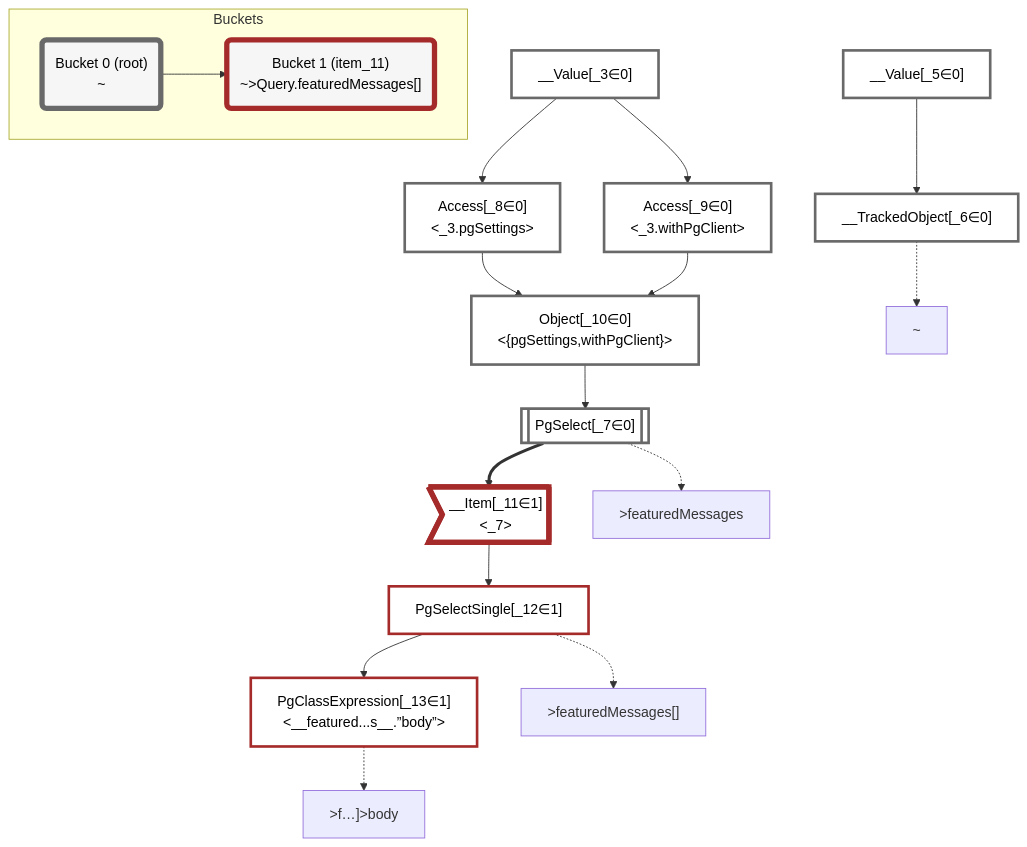
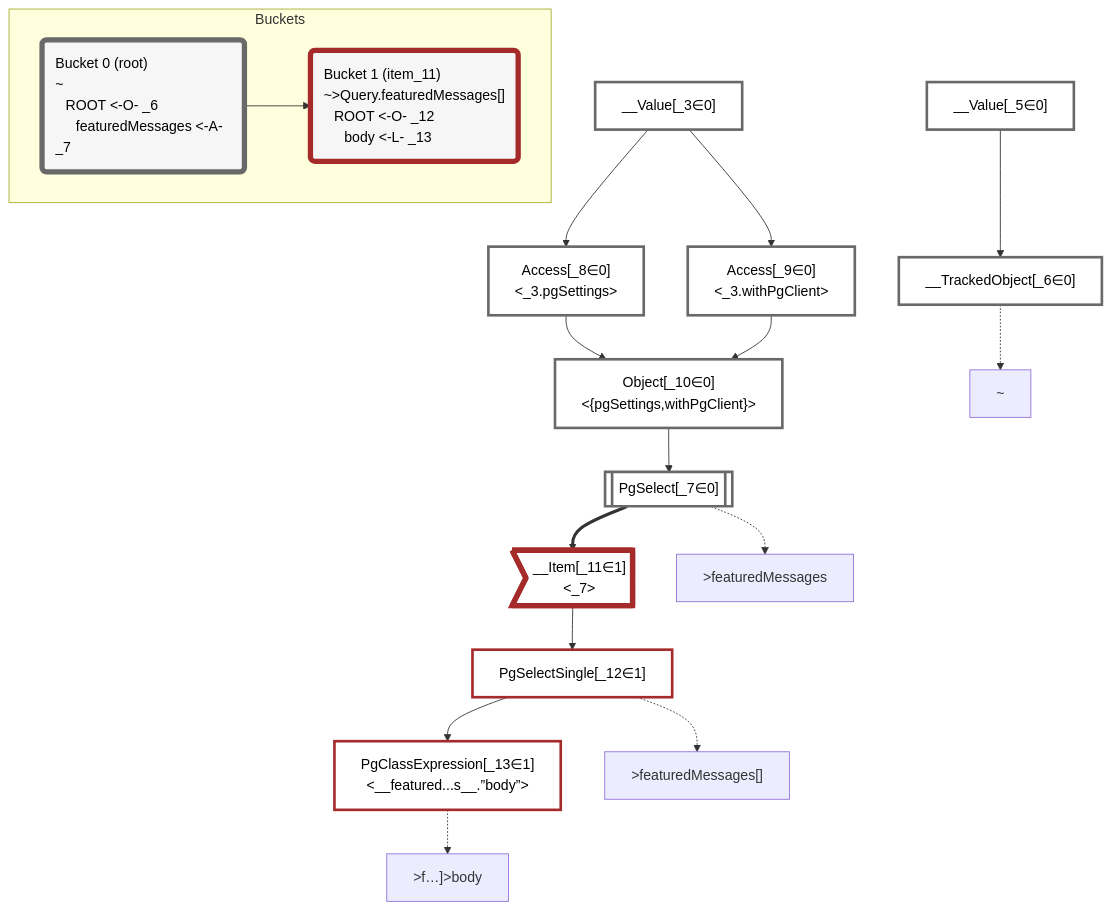
The diagram in packages/dataplan-pg/__tests__/queries/functions/custom-query-setof-message.mermaid.md (graphile/crystal), drawn with Mermaid before and after one commit. The commit also changed 195 other files, not shown here.

````diff
--- a/packages/dataplan-pg/__tests__/queries/functions/custom-query-setof-message.mermaid.md
+++ b/packages/dataplan-pg/__tests__/queries/functions/custom-query-setof-message.mermaid.md
@@ -1,56 +1,56 @@
 ```mermaid
 graph TD
     classDef path fill:#eee,stroke:#000,color:#000
     classDef plan fill:#fff,stroke-width:3px,color:#000
     classDef itemplan fill:#fff,stroke-width:6px,color:#000
     classDef sideeffectplan fill:#f00,stroke-width:6px,color:#000
-    classDef bucket fill:#f6f6f6,color:#000,stroke-width:6px
+    classDef bucket fill:#f6f6f6,color:#000,stroke-width:6px,text-align:left
 
 
     %% define plans
     __Value_3["__Value[_3∈0]<br /><context>"]:::plan
     __Value_5["__Value[_5∈0]<br /><rootValue>"]:::plan
     __TrackedObject_6["__TrackedObject[_6∈0]"]:::plan
     PgSelect_7[["PgSelect[_7∈0]<br /><featured_messages>"]]:::plan
     Access_8["Access[_8∈0]<br /><_3.pgSettings>"]:::plan
     Access_9["Access[_9∈0]<br /><_3.withPgClient>"]:::plan
     Object_10["Object[_10∈0]<br /><{pgSettings,withPgClient}>"]:::plan
     __Item_11>"__Item[_11∈1]<br /><_7>"]:::itemplan
     PgSelectSingle_12["PgSelectSingle[_12∈1]<br /><featured_messages>"]:::plan
     PgClassExpression_13["PgClassExpression[_13∈1]<br /><__featured...s__.”body”>"]:::plan
 
     %% plan dependencies
     __Value_5 --> __TrackedObject_6
     Object_10 --> PgSelect_7
     __Value_3 --> Access_8
     __Value_3 --> Access_9
     Access_8 --> Object_10
     Access_9 --> Object_10
     PgSelect_7 ==> __Item_11
     __Item_11 --> PgSelectSingle_12
     PgSelectSingle_12 --> PgClassExpression_13
 
     %% plan-to-path relationships
     P_6["~"]
     __TrackedObject_6 -.-> P_6
     P_7[">featuredMessages"]
     PgSelect_7 -.-> P_7
     P_12[">featuredMessages[]"]
     PgSelectSingle_12 -.-> P_12
     P_13[">f…]>body"]
     PgClassExpression_13 -.-> P_13
 
     %% allocate buckets
     classDef bucket0 stroke:#696969
     class __Value_3,__Value_5,__TrackedObject_6,PgSelect_7,Access_8,Access_9,Object_10 bucket0
     classDef bucket1 stroke:#a52a2a
     class __Item_11,PgSelectSingle_12,PgClassExpression_13 bucket1
 
     subgraph Buckets
-    Bucket0("Bucket 0 (root)<br />~"):::bucket
+    Bucket0("Bucket 0 (root)<br />~<br />⠀ROOT <-O- _6<br />⠀⠀featuredMessages <-A- _7"):::bucket
     style Bucket0 stroke:#696969
-    Bucket1("Bucket 1 (item_11)<br />~>Query.featuredMessages[]"):::bucket
+    Bucket1("Bucket 1 (item_11)<br />~>Query.featuredMessages[]<br />⠀ROOT <-O- _12<br />⠀⠀body <-L- _13"):::bucket
     style Bucket1 stroke:#a52a2a
     Bucket0 --> Bucket1
     end
 ```
````
